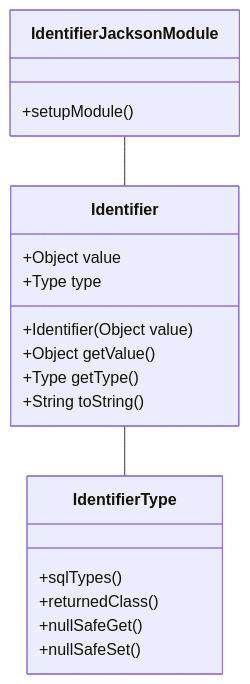
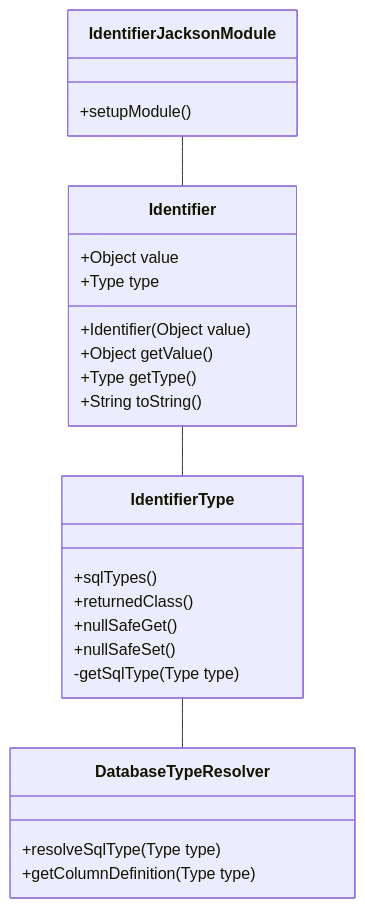
Before and after one commit to qpzm7903/hibernate-id-type: the diagram in .ai/prd.md, drawn with Mermaid. The commit also changed other lines of this file and 5 other files, not shown here.

Commit message:
feat(type): Implement database type mapping system - Add DatabaseTypeResolver interface and implementation, configuration properties, type mapping logic, and tests

````diff
--- a/.ai/prd.md
+++ b/.ai/prd.md
@@ -89,25 +102,32 @@
 ```mermaid
 classDiagram
     class Identifier {
         +Object value
         +Type type
         +Identifier(Object value)
         +Object getValue()
         +Type getType()
         +String toString()
     }
     
     class IdentifierType {
         +sqlTypes()
         +returnedClass()
         +nullSafeGet()
         +nullSafeSet()
+        -getSqlType(Type type)
     }
     
     class IdentifierJacksonModule {
         +setupModule()
     }
     
+    class DatabaseTypeResolver {
+        +resolveSqlType(Type type)
+        +getColumnDefinition(Type type)
+    }
+    
     Identifier -- IdentifierType
     IdentifierJacksonModule -- Identifier
+    IdentifierType -- DatabaseTypeResolver
 ```
````
